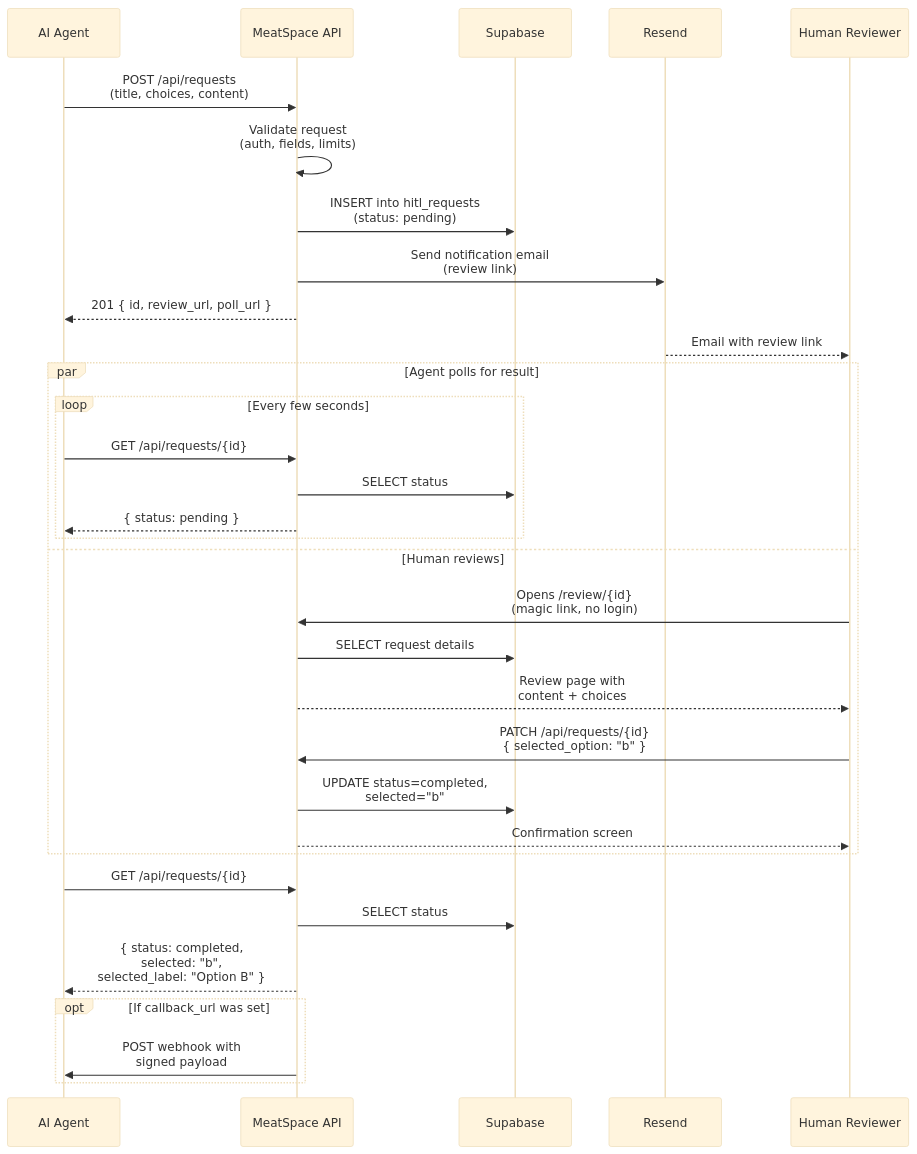
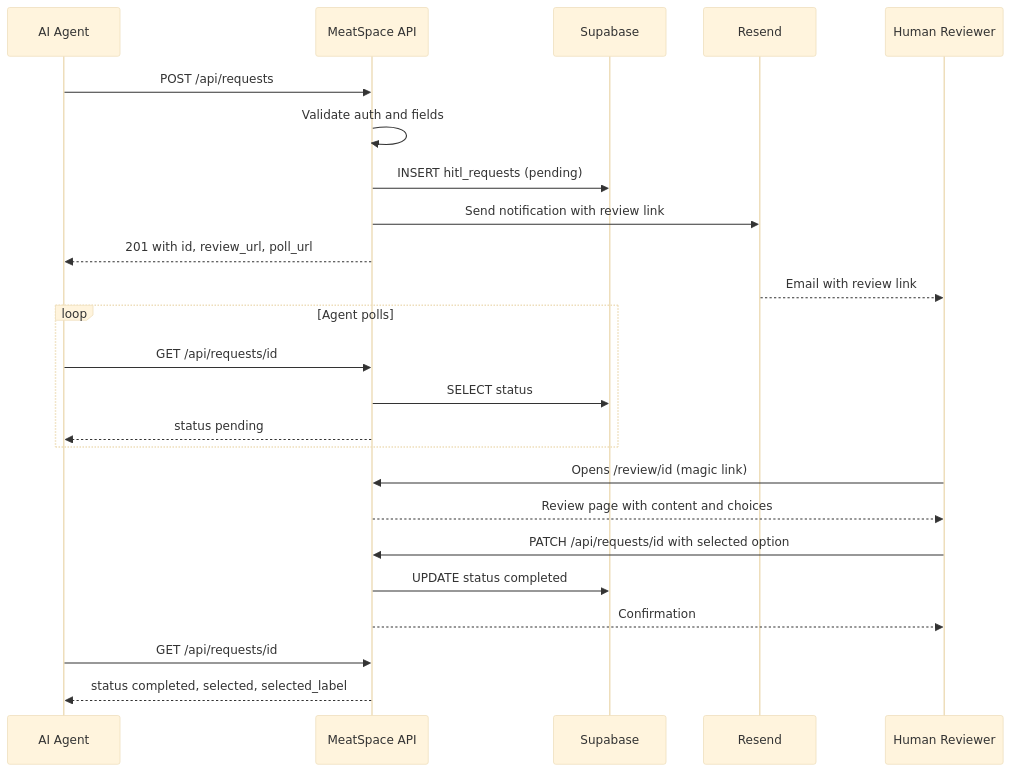
The first of 3 diagrams in docs/diagrams.md (zmarten/meatspace), drawn with Mermaid (base theme) before and after one commit. The commit also changed other lines of this file, not shown here.

First line of the commit message:
simplify diagrams for GitHub Mermaid renderer

````diff
--- a/docs/diagrams.md
+++ b/docs/diagrams.md
@@ -7,39 +7,31 @@
 ```mermaid
 sequenceDiagram
     participant Agent as AI Agent
     participant MS as MeatSpace API
     participant DB as Supabase
     participant Email as Resend
     participant Human as Human Reviewer
 
-    Agent->>MS: POST /api/requests<br/>(title, choices, content)
-    MS->>MS: Validate request<br/>(auth, fields, limits)
-    MS->>DB: INSERT into hitl_requests<br/>(status: pending)
-    MS->>Email: Send notification email<br/>(review link)
-    MS-->>Agent: 201 { id, review_url, poll_url }
+    Agent->>MS: POST /api/requests
+    MS->>MS: Validate auth and fields
+    MS->>DB: INSERT hitl_requests (pending)
+    MS->>Email: Send notification with review link
+    MS-->>Agent: 201 with id, review_url, poll_url
 
     Email-->>Human: Email with review link
 
-    par Agent polls for result
-        loop Every few seconds
-            Agent->>MS: GET /api/requests/{id}
-            MS->>DB: SELECT status
-            MS-->>Agent: { status: pending }
-        end
-    and Human reviews
-        Human->>MS: Opens /review/{id}<br/>(magic link, no login)
-        MS->>DB: SELECT request details
-        MS-->>Human: Review page with<br/>content + choices
-        Human->>MS: PATCH /api/requests/{id}<br/>{ selected_option: "b" }
-        MS->>DB: UPDATE status=completed,<br/>selected="b"
-        MS-->>Human: Confirmation screen
+    loop Agent polls
+        Agent->>MS: GET /api/requests/id
+        MS->>DB: SELECT status
+        MS-->>Agent: status pending
     end
 
-    Agent->>MS: GET /api/requests/{id}
-    MS->>DB: SELECT status
-    MS-->>Agent: { status: completed,<br/>selected: "b",<br/>selected_label: "Option B" }
+    Human->>MS: Opens /review/id (magic link)
+    MS-->>Human: Review page with content and choices
+    Human->>MS: PATCH /api/requests/id with selected option
+    MS->>DB: UPDATE status completed
+    MS-->>Human: Confirmation
 
-    opt If callback_url was set
-        MS->>Agent: POST webhook with<br/>signed payload
-    end
+    Agent->>MS: GET /api/requests/id
+    MS-->>Agent: status completed, selected, selected_label
 ```
````
